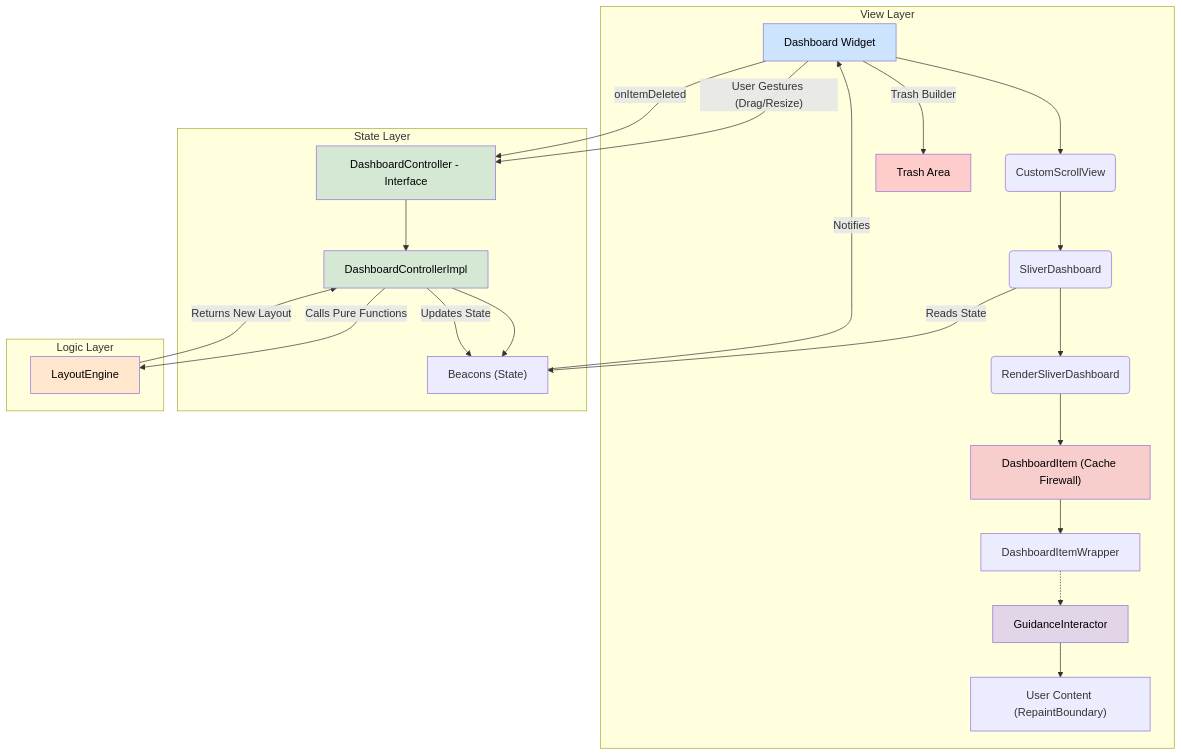
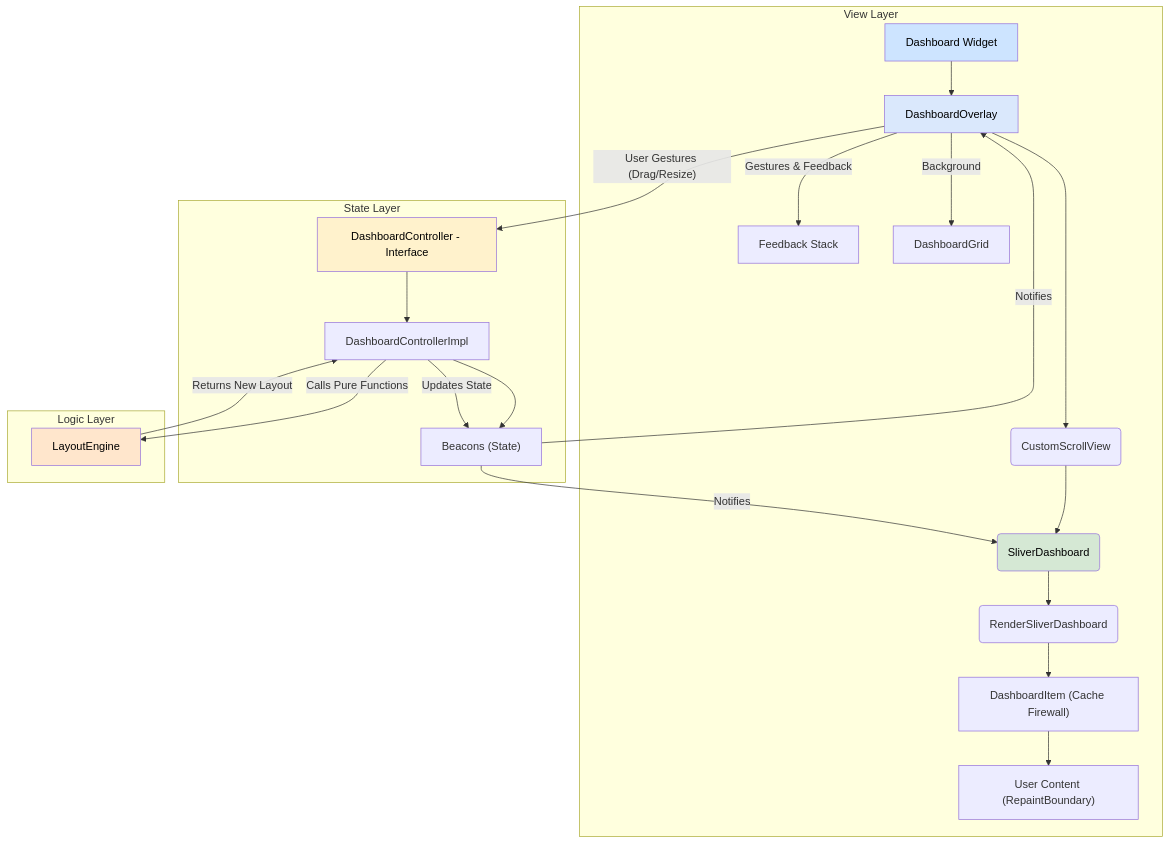
One commit to scalz/sliver_dashboard changed the first of 2 diagrams in architecture.md. Above: the diagram before and after it, drawn with Mermaid. The commit also changed other lines of this file and 20 other files, not shown here.

First line of the commit message:
feat(view): add native Sliver integration via DashboardOverlay

````diff
--- a/architecture.md
+++ b/architecture.md
@@ -22,38 +22,35 @@
 ```mermaid
 graph TD
     subgraph View Layer
-        A[Dashboard Widget] --> B(CustomScrollView);
-        A -- "Trash Builder" --> T[Trash Area];
-        B --> C(SliverDashboard);
-        C --> D(RenderSliverDashboard);
-        D --> E["DashboardItem (Cache Firewall)"];
-        E --> F[DashboardItemWrapper];
-        F -.-> GI[GuidanceInteractor];
-        GI --> G["User Content (RepaintBoundary)"];
+        A[Dashboard Widget] --> B[DashboardOverlay];
+        B --> C(CustomScrollView);
+        B -- "Gestures & Feedback" --> F[Feedback Stack];
+        B -- "Background" --> BG[DashboardGrid];
+        C --> D(SliverDashboard);
+        D --> E(RenderSliverDashboard);
+        E --> I["DashboardItem (Cache Firewall)"];
+        I --> J["User Content (RepaintBoundary)"];
     end
 
     subgraph State Layer
-        H[DashboardController - Interface] --> H2[DashboardControllerImpl]
-        H2 --> I["Beacons (State)"];
+        K[DashboardController - Interface] --> L[DashboardControllerImpl]
+        L --> M["Beacons (State)"];
     end
 
     subgraph Logic Layer
-        J[LayoutEngine];
+        N[LayoutEngine];
     end
 
-    A -- "User Gestures (Drag/Resize)" --> H;
-    A -- "onItemDeleted" --> H;
-    H2 -- Updates State --> I;
-    I -- Notifies --> A;
-    H2 -- Calls Pure Functions --> J;
-    J -- Returns New Layout --> H2;
-    C -- Reads State --> I;
+    B -- "User Gestures (Drag/Resize)" --> K;
+    L -- Updates State --> M;
+    M -- Notifies --> B;
+    M -- Notifies --> D;
+    L -- Calls Pure Functions --> N;
+    N -- Returns New Layout --> L;
 
     style A fill:#cde4ff,color:#000000
-    style H fill:#d5e8d4,color:#000000
-    style H2 fill:#d5e8d4,color:#000000
-    style J fill:#ffe6cc,color:#000000
-    style E fill:#f8cecc,color:#000000
-    style T fill:#ffcccc,color:#000000
-    style GI fill:#e1d5e7,color:#000000
+    style B fill:#dae8fc,color:#000000
+    style D fill:#d5e8d4,color:#000000
+    style K fill:#fff2cc,color:#000000
+    style N fill:#ffe6cc,color:#000000
 ```
````
